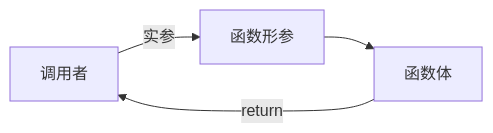
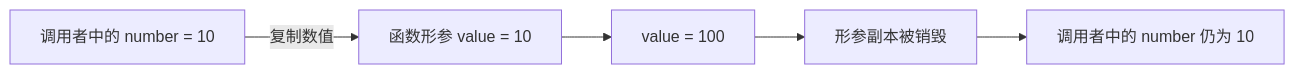
The second of 4 diagrams in C语言圣经/functions.md (shanchuann/TheGitbookLibrary), drawn with Mermaid before and after one commit. The commit also changed other lines of this file and 1 other file, not shown here.

````diff
--- a/C语言圣经/functions.md
+++ b/C语言圣经/functions.md
@@ -40,6 +165,7 @@
-```mermaid
+~~~mermaid
 flowchart LR
-    A[调用者] -->|实参| B[函数形参]
-    B --> C[函数体]
-    C -->|return| A
-```
+    A[调用者中的 number = 10] -->|复制数值| B[函数形参 value = 10]
+    B --> C[value = 100]
+    C --> D[形参副本被销毁]
+    D --> E[调用者中的 number 仍为 10]
+~~~
````
